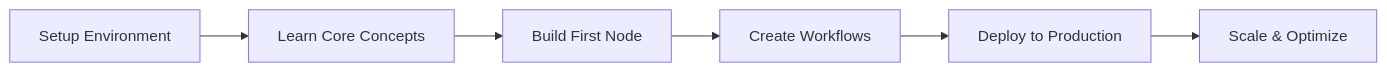
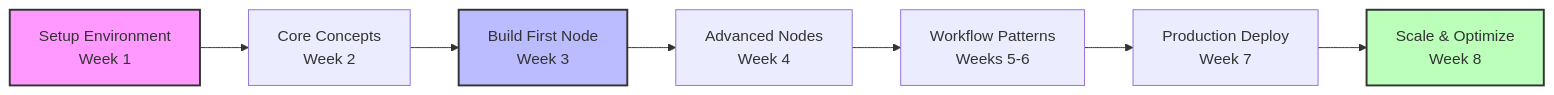
One commit to dougwithseismic/docs changed the diagram in universities/automation/n8n-developer/overview.mdx. Above: the diagram before and after it, drawn with Mermaid. The commit also changed other lines of this file and 6 other files, not shown here.

````diff
--- a/universities/automation/n8n-developer/overview.mdx
+++ b/universities/automation/n8n-developer/overview.mdx
@@ -125,8 +202,13 @@
 ```mermaid
 graph LR
-    A[Setup Environment] --> B[Learn Core Concepts]
-    B --> C[Build First Node]
-    C --> D[Create Workflows]
-    D --> E[Deploy to Production]
-    E --> F[Scale & Optimize]
+    A[Setup Environment<br/>Week 1] --> B[Core Concepts<br/>Week 2]
+    B --> C[Build First Node<br/>Week 3]
+    C --> D[Advanced Nodes<br/>Week 4]
+    D --> E[Workflow Patterns<br/>Weeks 5-6]
+    E --> F[Production Deploy<br/>Week 7]
+    F --> G[Scale & Optimize<br/>Week 8]
+
+    style A fill:#f9f,stroke:#333,stroke-width:2px
+    style C fill:#bbf,stroke:#333,stroke-width:2px
+    style G fill:#bfb,stroke:#333,stroke-width:2px
 ```
````
